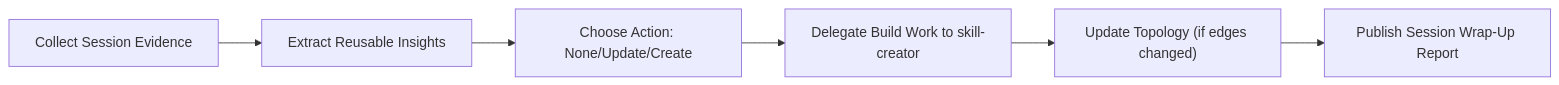
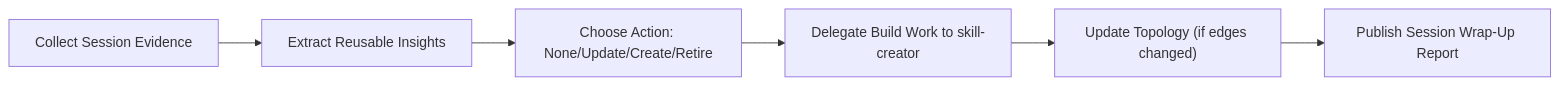
Before and after one commit to tinker495/codex-assets: the diagram in skills/session-wrap-up/SKILL.md, drawn with Mermaid. The commit also changed other lines of this file and 5 other files, not shown here.

````diff
--- a/skills/session-wrap-up/SKILL.md
+++ b/skills/session-wrap-up/SKILL.md
@@ -12,8 +12,8 @@
 ```mermaid
 flowchart LR
   A["Collect Session Evidence"] --> B["Extract Reusable Insights"]
-  B --> C["Choose Action: None/Update/Create"]
+  B --> C["Choose Action: None/Update/Create/Retire"]
   C --> D["Delegate Build Work to skill-creator"]
   D --> E["Update Topology (if edges changed)"]
   E --> F["Publish Session Wrap-Up Report"]
 ```
````
